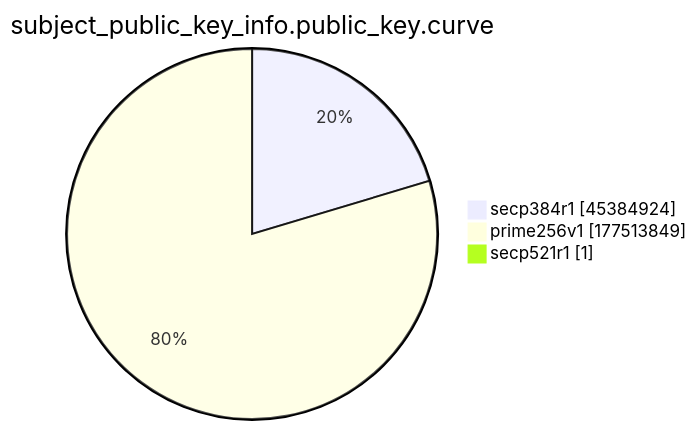
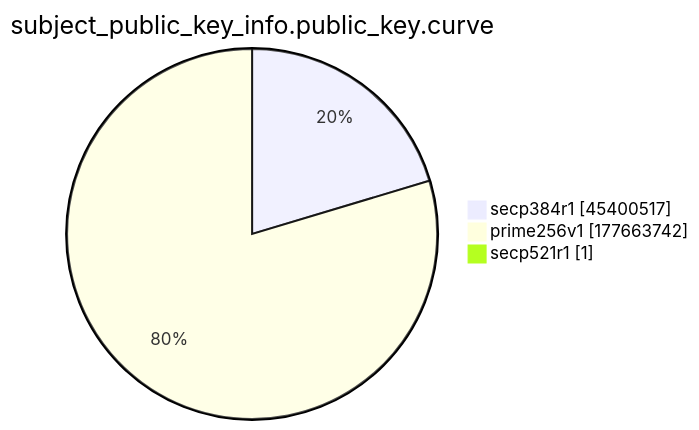
The ninth of 15 diagrams in xenon2022/README.md (christiankrug/ctmonitor_visualization), drawn with Mermaid before and after one commit. The commit also changed other lines of this file, not shown here.

````diff
--- a/xenon2022/README.md
+++ b/xenon2022/README.md
@@ -2873,7 +2873,7 @@
 ```mermaid
 pie showData
 title subject_public_key_info.public_key.curve
-"secp384r1" :45384924
-"prime256v1" :177513849
+"secp384r1" :45400517
+"prime256v1" :177663742
 "secp521r1" :1
 ```
````
